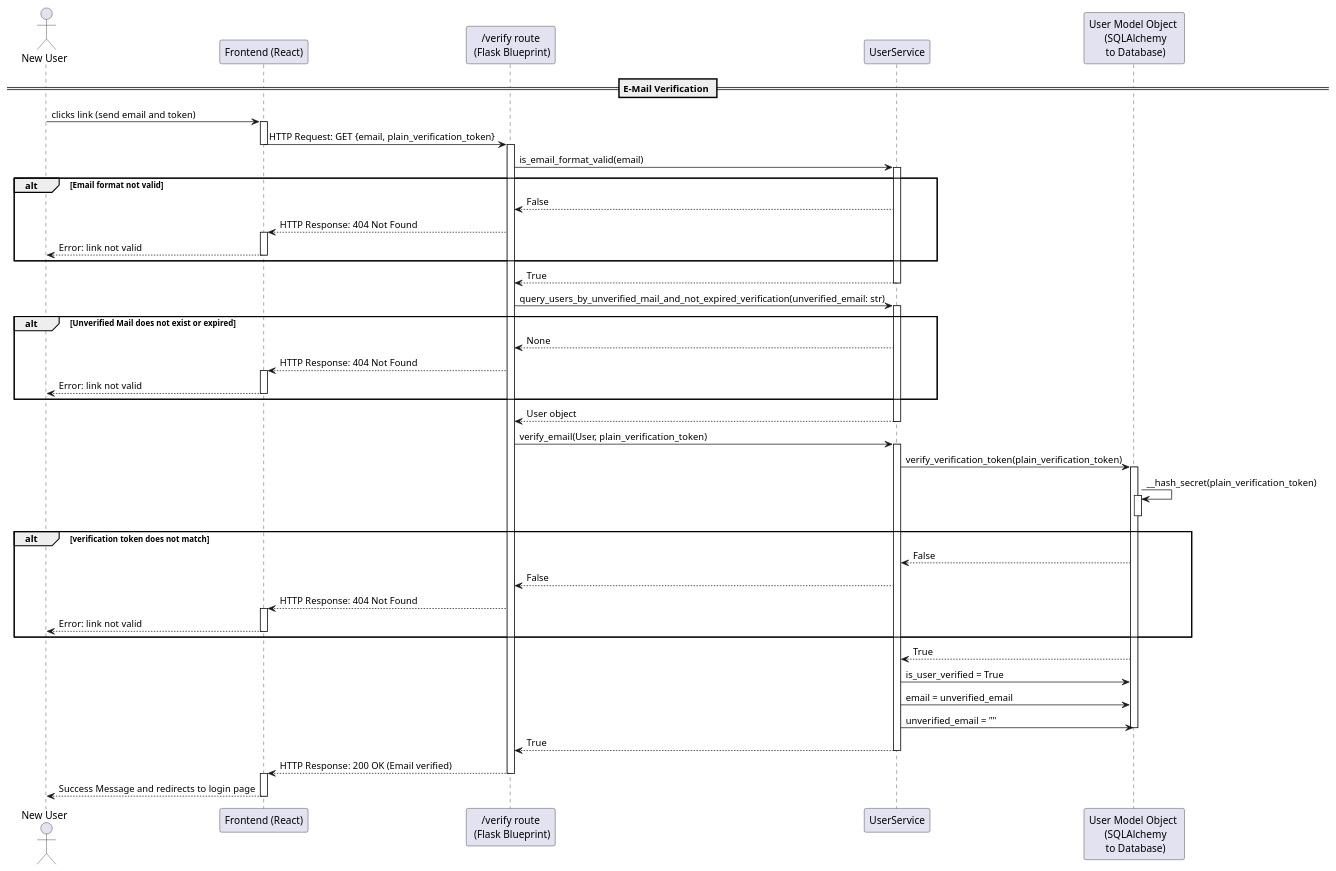
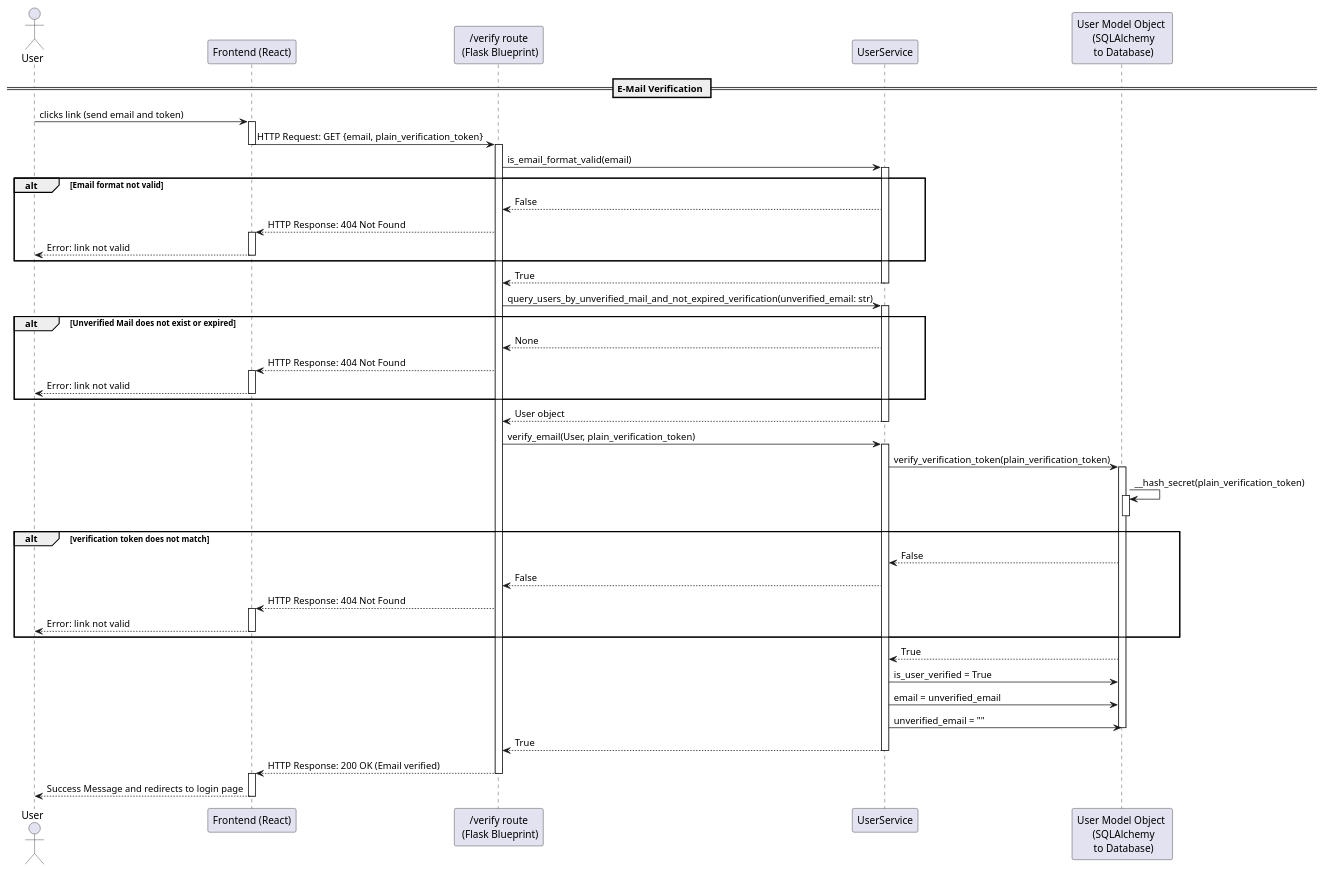
The diagram in docs/diagrams/uml/sequence/email-verification.puml (dominikoetiker/TheMentalLoadHub), drawn with PlantUML before and after one commit. The commit also changed 1 other file, not shown here.

Commit message:
Update actor name in email verification UML diagram
Renamed the actor from "New User" to "User" for consistency and clarity. No functional changes were made to the underlying process or interactions. Updated the corresponding SVG diagram to reflect this change.

```diff
--- a/docs/diagrams/uml/sequence/email-verification.puml
+++ b/docs/diagrams/uml/sequence/email-verification.puml
@@ -1,63 +1,63 @@
 @startuml
-actor "New User" as AppUser
+actor "User" as AppUser
 participant "Frontend (React)" as FE
 participant "/verify route\n (Flask Blueprint)" as VR
 participant "UserService" as US
 participant "User Model Object \n (SQLAlchemy\n to Database)" as UM
 
 == E-Mail Verification ==
 AppUser -> FE : clicks link (send email and token)
 activate FE
 FE -> VR : HTTP Request: GET {email, plain_verification_token}
 deactivate FE
 activate VR
 VR -> US : is_email_format_valid(email)
 activate US
 alt Email format not valid
     VR <-- US : False
     FE <-- VR : HTTP Response: 404 Not Found
     activate FE
     AppUser <-- FE : Error: link not valid
     deactivate FE
 end
 VR <-- US : True
 deactivate US
 VR -> US : query_users_by_unverified_mail_and_not_expired_verification(unverified_email: str)
 activate US
 alt Unverified Mail does not exist or expired
     VR <-- US : None
     FE <-- VR : HTTP Response: 404 Not Found
     activate FE
     AppUser <-- FE : Error: link not valid
     deactivate FE
 end
 VR <-- US : User object
 deactivate US
 VR -> US : verify_email(User, plain_verification_token)
 activate US
 US -> UM : verify_verification_token(plain_verification_token)
 activate UM
 UM -> UM : __hash_secret(plain_verification_token)
 activate UM
 deactivate UM
 alt verification token does not match
     US <-- UM : False
     VR <-- US : False
     FE <-- VR : HTTP Response: 404 Not Found
     activate FE
     AppUser <-- FE : Error: link not valid
     deactivate FE
 end
 US <-- UM : True
 US -> UM : is_user_verified = True
 US -> UM : email = unverified_email
 US -> UM : unverified_email = ""
 deactivate UM
 VR <-- US : True
 deactivate US
 FE <-- VR : HTTP Response: 200 OK (Email verified)
 deactivate VR
 activate FE
 AppUser <-- FE : Success Message and redirects to login page
 deactivate FE
 @enduml
```
